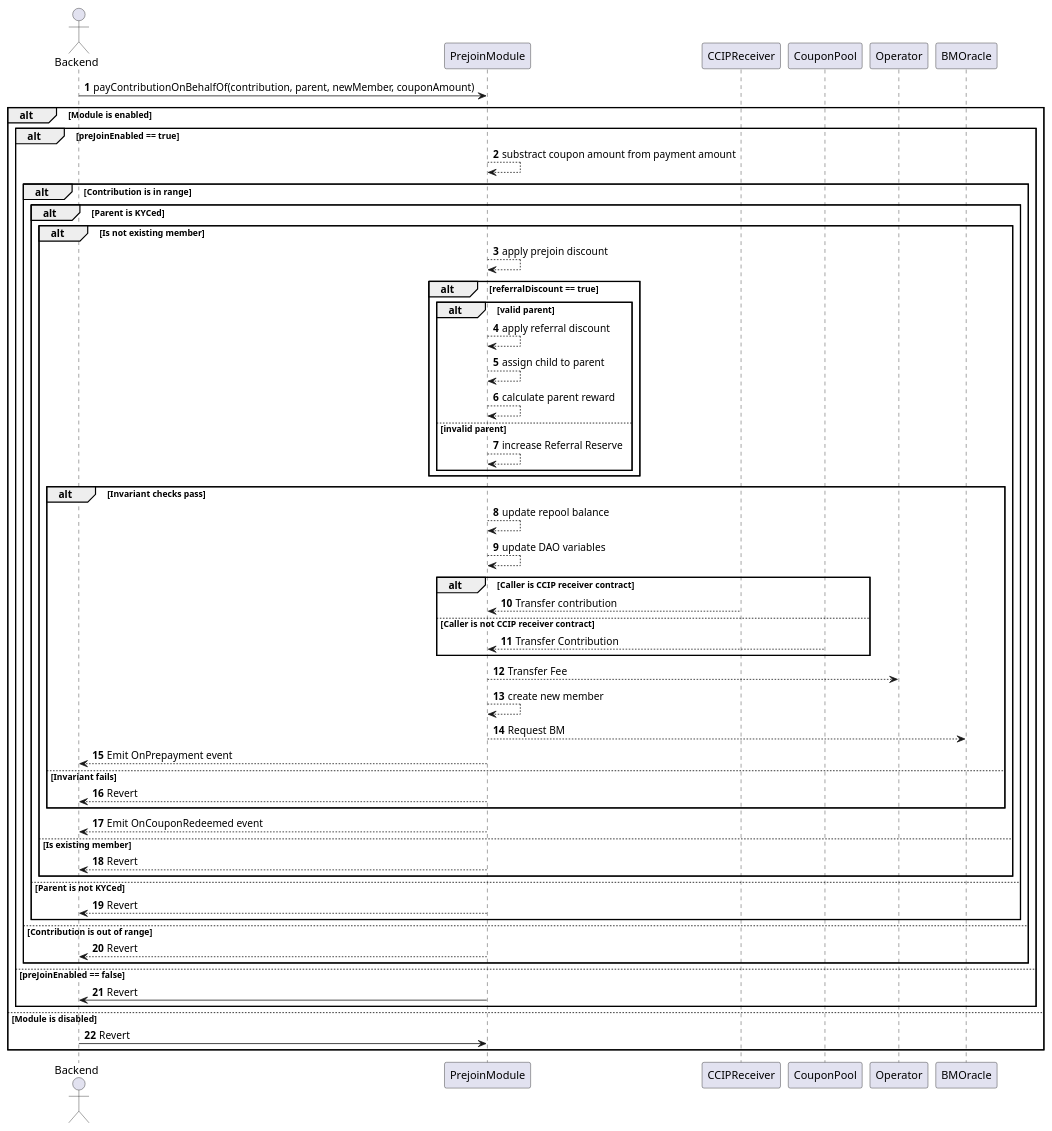
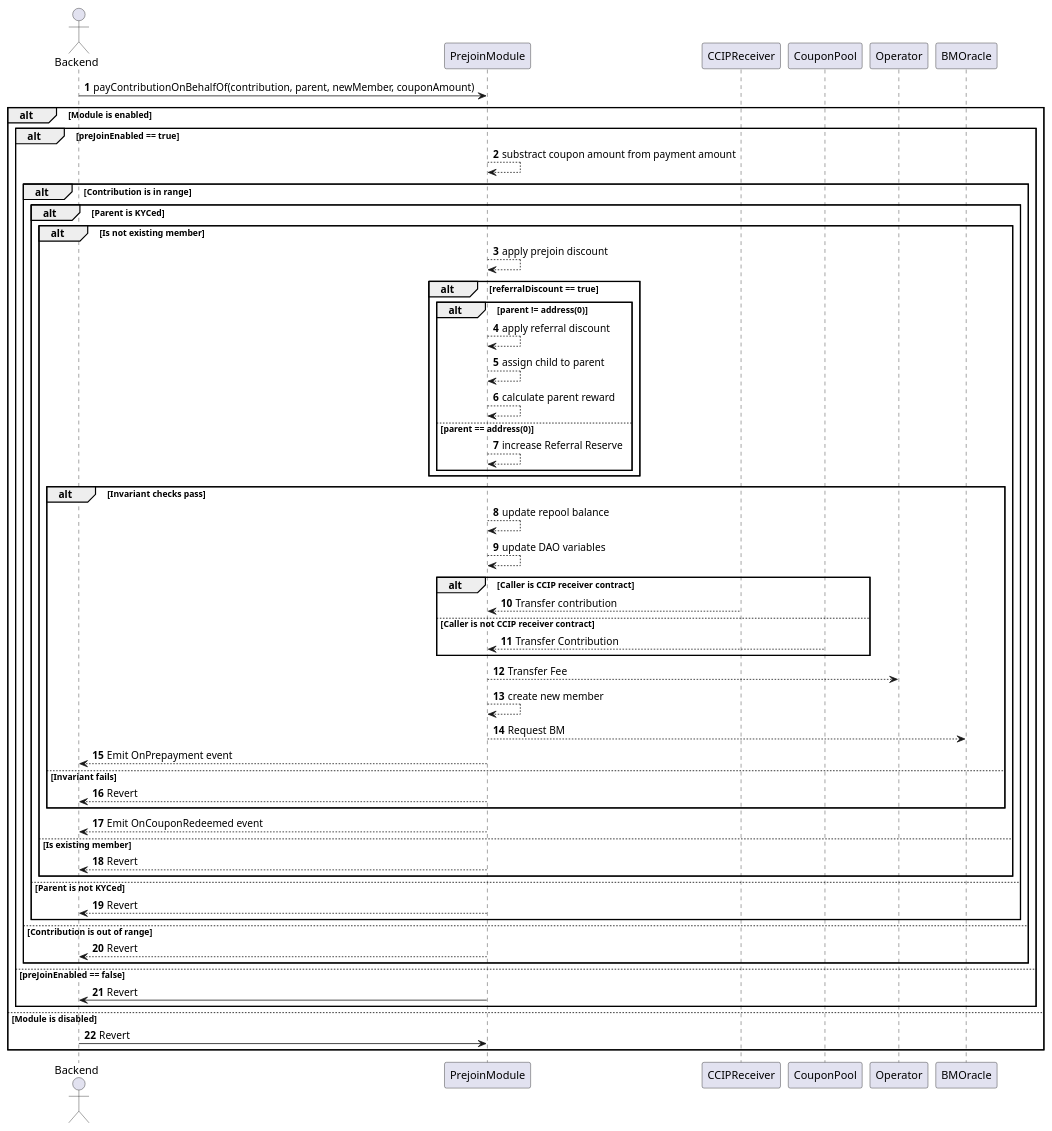
Before and after one commit to TakafulDAO/takasure.sc: the diagram in docs/sequence_diagrams/PrejoinModule/03-payments-coupon.puml, drawn with PlantUML.

Commit message:
chore: rewrite condition

```diff
--- a/docs/sequence_diagrams/PrejoinModule/03-payments-coupon.puml
+++ b/docs/sequence_diagrams/PrejoinModule/03-payments-coupon.puml
@@ -1,68 +1,68 @@
 @startuml Payments with coupons
 autonumber
 
 actor Backend
 
 Backend -> PrejoinModule: payContributionOnBehalfOf(contribution, parent, newMember, couponAmount)
 
 alt Module is enabled
     alt preJoinEnabled == true
         PrejoinModule --> PrejoinModule: substract coupon amount from payment amount
         alt Contribution is in range
             alt Parent is KYCed
                 alt Is not existing member
 
                     PrejoinModule --> PrejoinModule: apply prejoin discount
 
                     alt referralDiscount == true                
-                        alt valid parent
+                        alt parent != address(0)
                             PrejoinModule --> PrejoinModule: apply referral discount
                             PrejoinModule --> PrejoinModule: assign child to parent
                             PrejoinModule --> PrejoinModule: calculate parent reward
-                        else invalid parent
+                        else parent == address(0)
                             PrejoinModule --> PrejoinModule: increase Referral Reserve
                         end
                     end
 
                     alt Invariant checks pass
                         PrejoinModule --> PrejoinModule: update repool balance
                         PrejoinModule --> PrejoinModule: update DAO variables
 
                         alt Caller is CCIP receiver contract
                             CCIPReceiver --> PrejoinModule: Transfer contribution
                         else Caller is not CCIP receiver contract
                             CouponPool --> PrejoinModule: Transfer Contribution
                         end
 
                         PrejoinModule --> Operator: Transfer Fee
                         PrejoinModule --> PrejoinModule: create new member
                         PrejoinModule --> BMOracle: Request BM
                         PrejoinModule --> Backend: Emit OnPrepayment event
 
                     else Invariant fails
                         PrejoinModule --> Backend: Revert
                     end
 
                     PrejoinModule --> Backend: Emit OnCouponRedeemed event
 
                 else Is existing member
                     PrejoinModule --> Backend: Revert
                 end
 
             else Parent is not KYCed
                 PrejoinModule --> Backend: Revert
             end
 
         else Contribution is out of range
             PrejoinModule --> Backend: Revert
         end
 
     else preJoinEnabled == false
         PrejoinModule -> Backend: Revert
     end
 
 else Module is disabled
     Backend -> PrejoinModule: Revert
 end
 
 @enduml    
```
